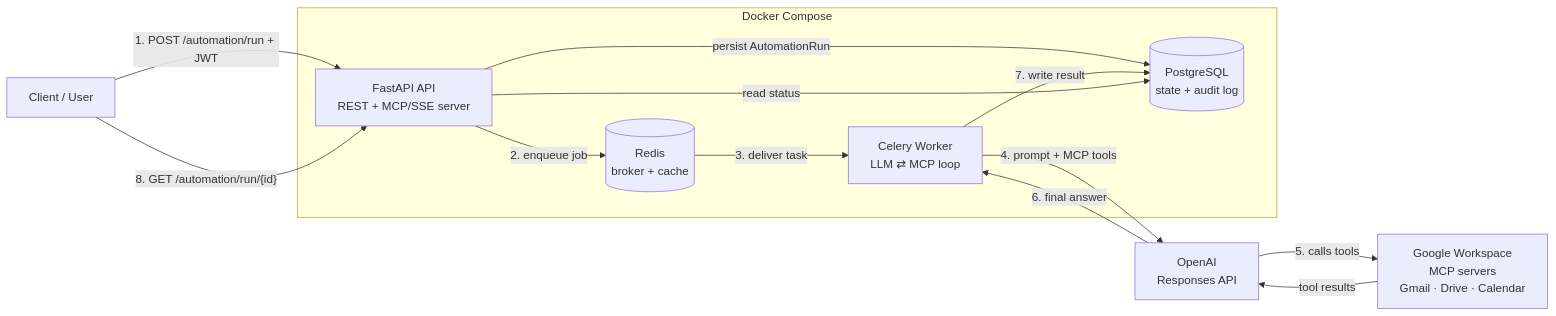
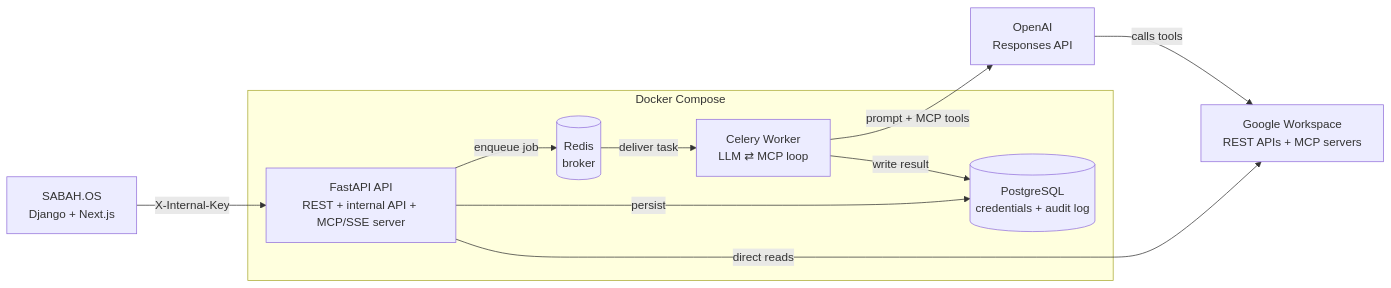
Before and after one commit to shukurlukerem/MCP: the second of 3 diagrams in README.md, drawn with Mermaid. The commit also changed other lines of this file and 29 other files, not shown here.

````diff
--- a/README.md
+++ b/README.md
@@ -30,26 +88,23 @@
 ```mermaid
 flowchart LR
-    U[Client / User]
+    U[SABAH.OS<br/>Django + Next.js]
 
     subgraph Docker Compose
-        API[FastAPI API<br/>REST + MCP/SSE server]
+        API[FastAPI API<br/>REST + internal API + MCP/SSE server]
         W[Celery Worker<br/>LLM ⇄ MCP loop]
-        R[(Redis<br/>broker + cache)]
-        P[(PostgreSQL<br/>state + audit log)]
+        R[(Redis<br/>broker)]
+        P[(PostgreSQL<br/>credentials + audit log)]
     end
 
     LLM[OpenAI<br/>Responses API]
-    G[Google Workspace<br/>MCP servers<br/>Gmail · Drive · Calendar]
+    G[Google Workspace<br/>REST APIs + MCP servers]
 
-    U -- 1. POST /automation/run + JWT --> API
-    API -- 2. enqueue job --> R
-    API -- persist AutomationRun --> P
-    R -- 3. deliver task --> W
-    W -- 4. prompt + MCP tools --> LLM
-    LLM -- 5. calls tools --> G
-    G -- tool results --> LLM
-    LLM -- 6. final answer --> W
-    W -- 7. write result --> P
-    U -- 8. GET /automation/run/{id} --> API
-    API -- read status --> P
+    U -- X-Internal-Key --> API
+    API -- enqueue job --> R
+    API -- persist --> P
+    R -- deliver task --> W
+    W -- prompt + MCP tools --> LLM
+    LLM -- calls tools --> G
+    API -- direct reads --> G
+    W -- write result --> P
 ```
````
